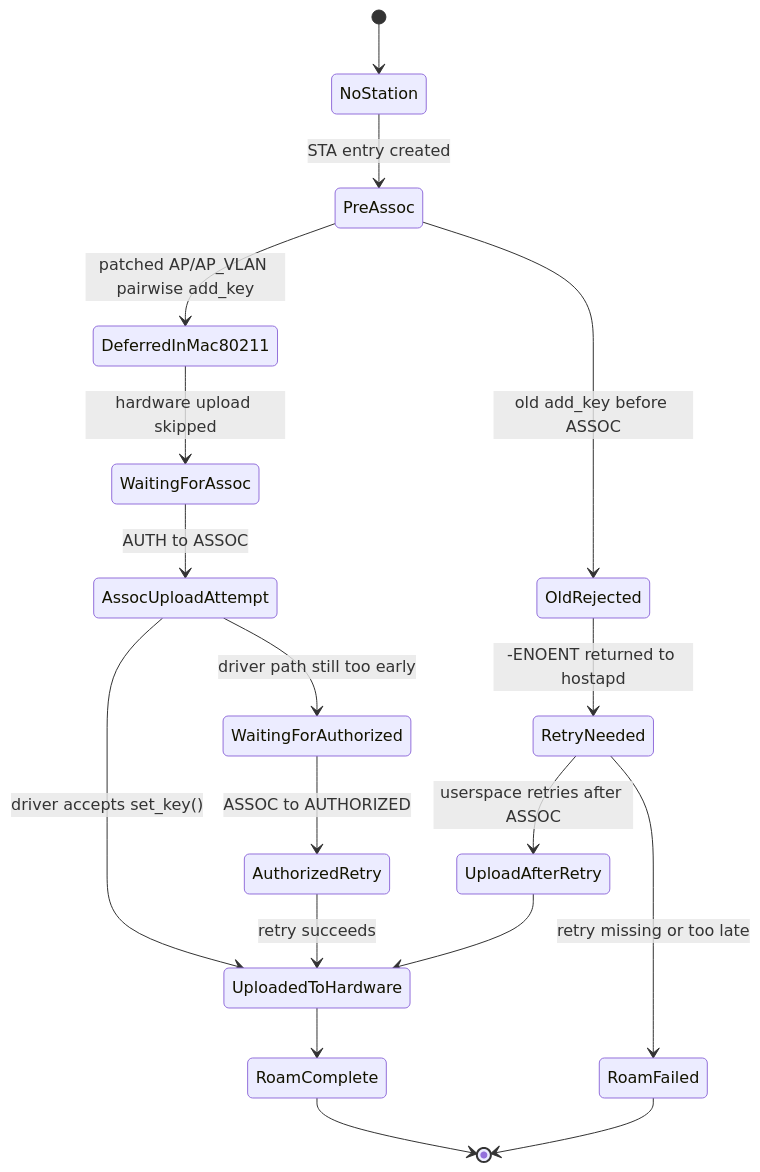
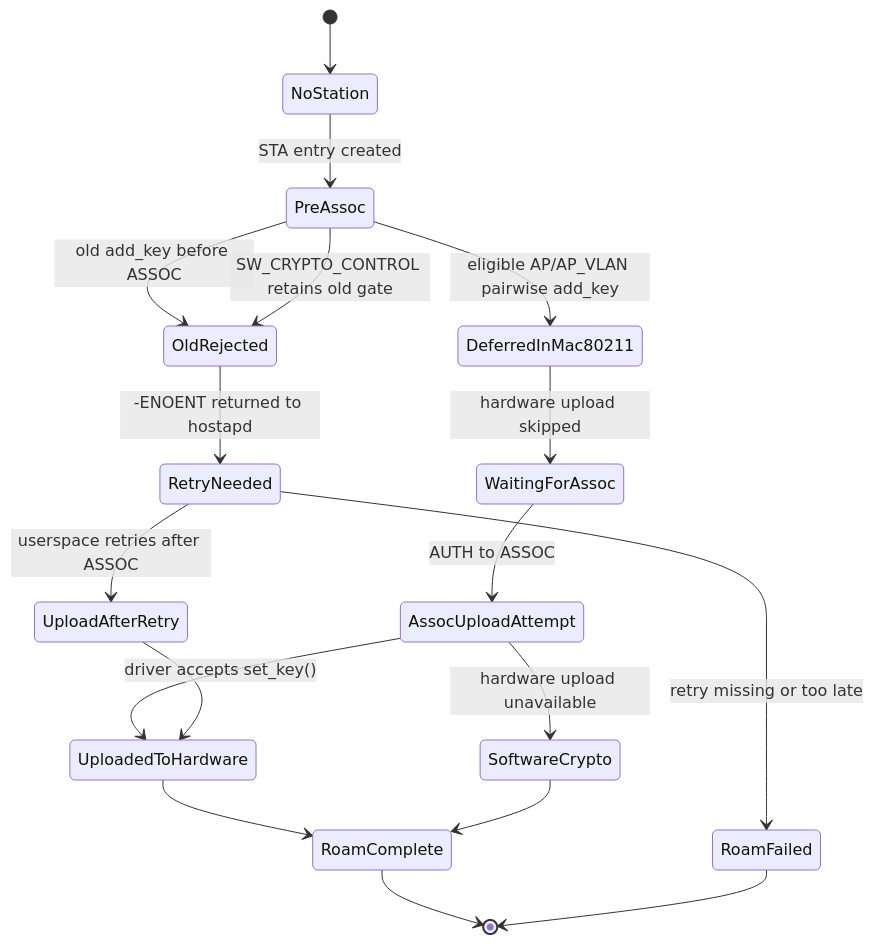
Before and after one commit to AndreaCovelli/openwrt-ft-race-patches: the third of 3 diagrams in docs/ft-key-upload-race/README.md, drawn with Mermaid. The commit also changed other lines of this file and 7 other files, not shown here.

First line of the commit message:
fix(mac80211): restrict FT key deferral to automatic software crypto

````diff
--- a/docs/ft-key-upload-race/README.md
+++ b/docs/ft-key-upload-race/README.md
@@ -195,23 +182,23 @@
 ```mermaid
 stateDiagram-v2
     [*] --> NoStation
     NoStation --> PreAssoc: STA entry created
 
     PreAssoc --> OldRejected: old add_key before ASSOC
     OldRejected --> RetryNeeded: -ENOENT returned to hostapd
     RetryNeeded --> UploadAfterRetry: userspace retries after ASSOC
     RetryNeeded --> RoamFailed: retry missing or too late
 
-    PreAssoc --> DeferredInMac80211: patched AP/AP_VLAN pairwise add_key
+    PreAssoc --> OldRejected: SW_CRYPTO_CONTROL retains old gate
+    PreAssoc --> DeferredInMac80211: eligible AP/AP_VLAN pairwise add_key
     DeferredInMac80211 --> WaitingForAssoc: hardware upload skipped
     WaitingForAssoc --> AssocUploadAttempt: AUTH to ASSOC
     AssocUploadAttempt --> UploadedToHardware: driver accepts set_key()
-    AssocUploadAttempt --> WaitingForAuthorized: driver path still too early
-    WaitingForAuthorized --> AuthorizedRetry: ASSOC to AUTHORIZED
-    AuthorizedRetry --> UploadedToHardware: retry succeeds
+    AssocUploadAttempt --> SoftwareCrypto: hardware upload unavailable
 
     UploadAfterRetry --> UploadedToHardware
     UploadedToHardware --> RoamComplete
+    SoftwareCrypto --> RoamComplete
     RoamComplete --> [*]
     RoamFailed --> [*]
 ```
````
